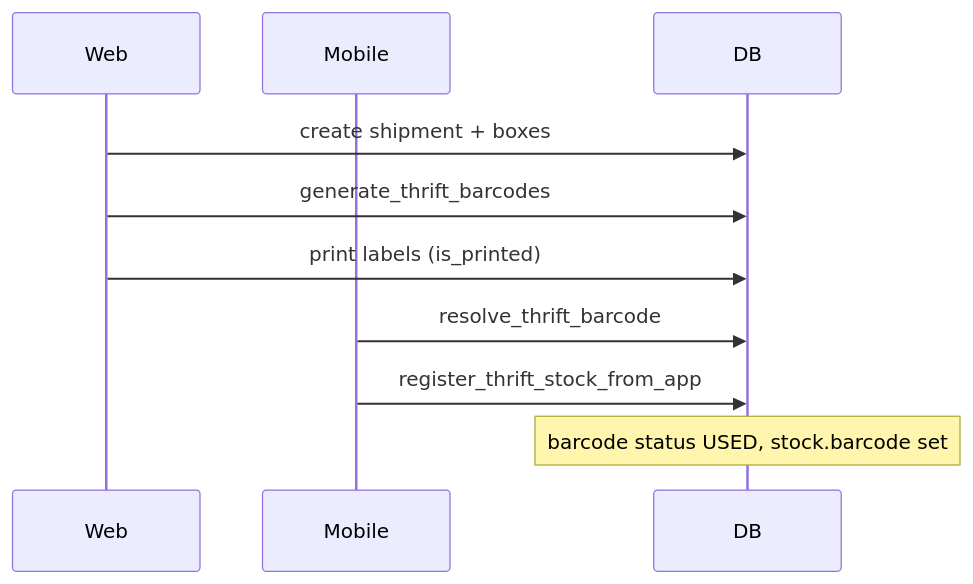
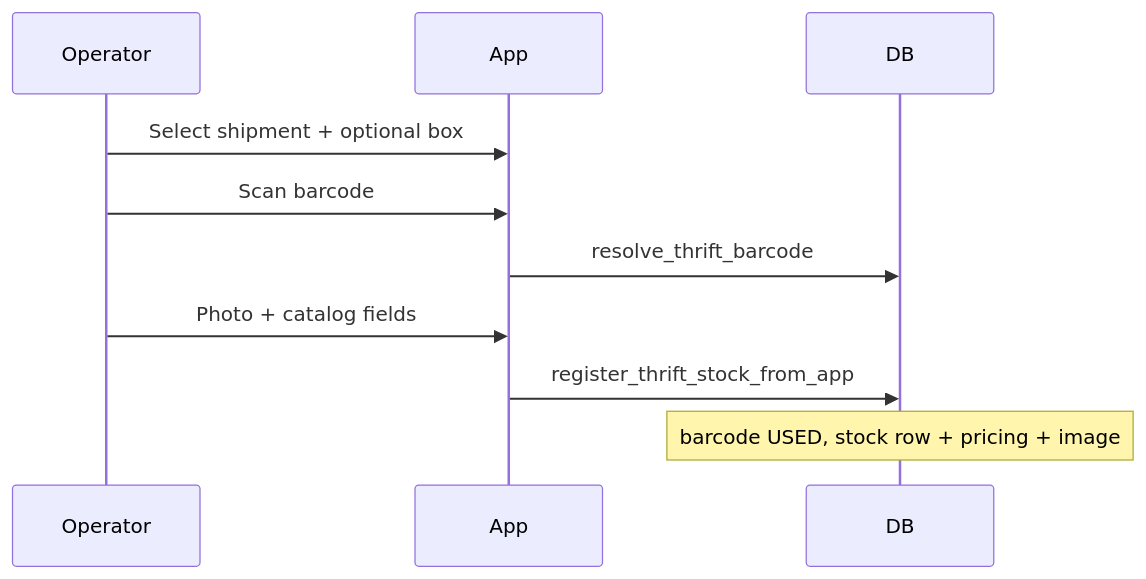
Before and after one commit to david-git-2/brandwala-wholesale-quasar-v2: the third of 6 diagrams in doc/THRIFT.md, drawn with Mermaid. The commit also changed other lines of this file, not shown here.

Commit message:
thrift plan update

````diff
--- a/doc/THRIFT.md
+++ b/doc/THRIFT.md
@@ -267,13 +487,13 @@
 ```mermaid
 sequenceDiagram
-  participant Web
-  participant Mobile
+  participant Operator
+  participant App
   participant DB
 
-  Web->>DB: create shipment + boxes
-  Web->>DB: generate_thrift_barcodes
-  Web->>DB: print labels (is_printed)
-  Mobile->>DB: resolve_thrift_barcode
-  Mobile->>DB: register_thrift_stock_from_app
-  Note over DB: barcode status USED, stock.barcode set
+  Operator->>App: Select shipment + optional box
+  Operator->>App: Scan barcode
+  App->>DB: resolve_thrift_barcode
+  Operator->>App: Photo + catalog fields
+  App->>DB: register_thrift_stock_from_app
+  Note over DB: barcode USED, stock row + pricing + image
 ```
````
